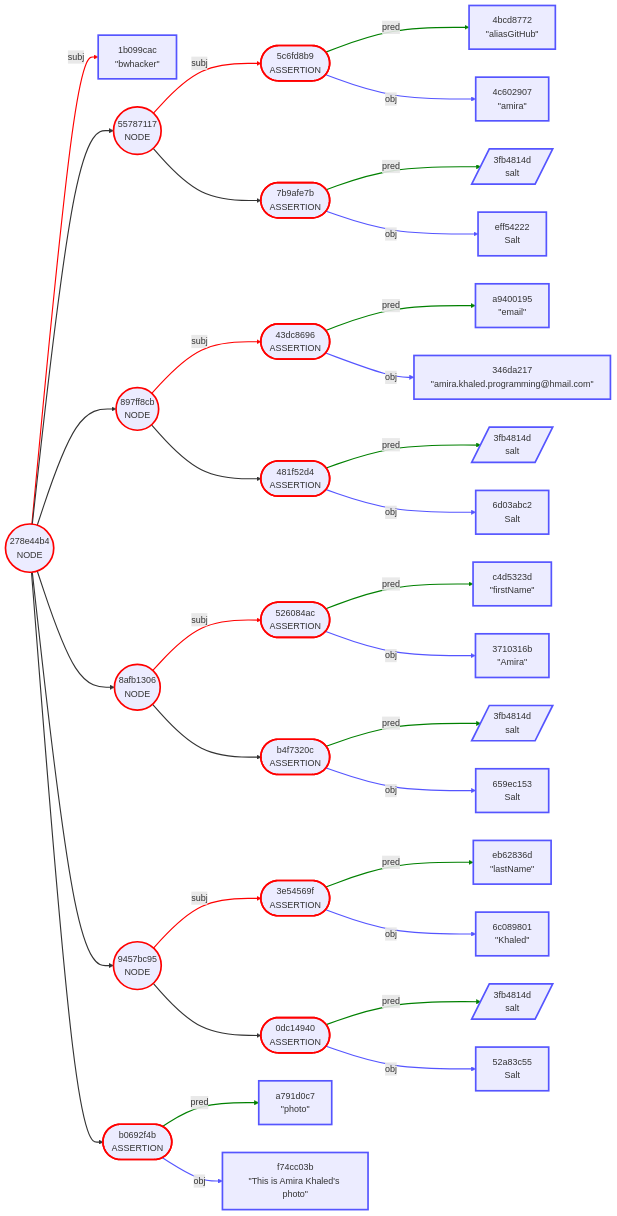
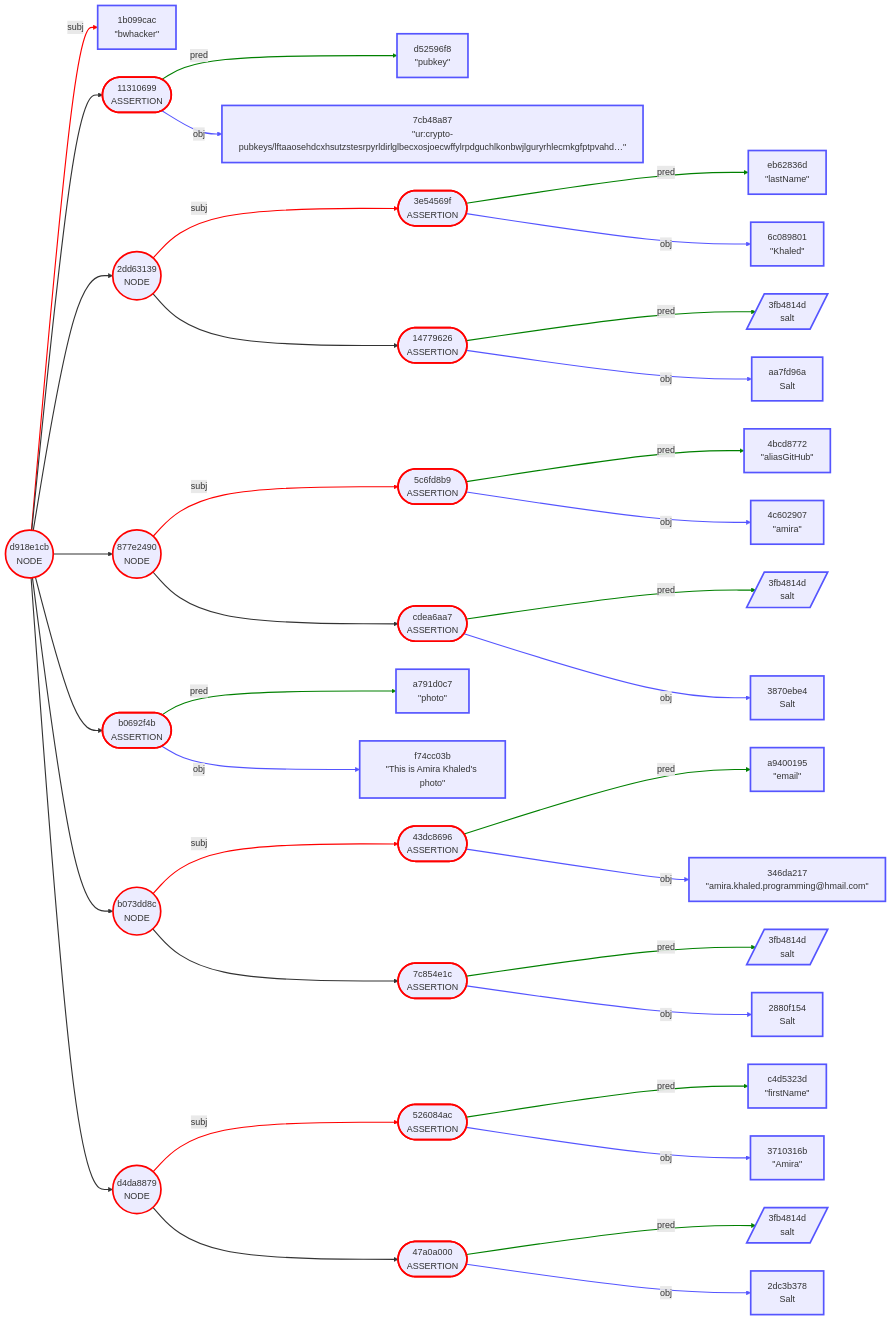
One commit to BlockchainCommons/Gordian changed diagram 15 of 19 in Docs/Envelope-Use-Cases-Software.md. Above: the diagram before and after it, drawn with Mermaid. The commit also changed other lines of this file, not shown here.

````diff
--- a/Docs/Envelope-Use-Cases-Software.md
+++ b/Docs/Envelope-Use-Cases-Software.md
@@ -2781,133 +2783,145 @@
 ```mermaid
 graph LR
-    1(("278e44b4<br/>NODE"))
+    1(("d918e1cb<br/>NODE"))
     2["1b099cac<br/>#quot;bwhacker#quot;"]
-    3(("55787117<br/>NODE"))
-    4(["5c6fd8b9<br/>ASSERTION"])
-    5["4bcd8772<br/>#quot;aliasGitHub#quot;"]
-    6["4c602907<br/>#quot;amira#quot;"]
-    7(["7b9afe7b<br/>ASSERTION"])
-    8[/"3fb4814d<br/>salt"/]
-    9["eff54222<br/>Salt"]
-    10(("897ff8cb<br/>NODE"))
-    11(["43dc8696<br/>ASSERTION"])
-    12["a9400195<br/>#quot;email#quot;"]
-    13["346da217<br/>#quot;amira.khaled.programming@hmail.com#quot;"]
-    14(["481f52d4<br/>ASSERTION"])
-    15[/"3fb4814d<br/>salt"/]
-    16["6d03abc2<br/>Salt"]
-    17(("8afb1306<br/>NODE"))
-    18(["526084ac<br/>ASSERTION"])
-    19["c4d5323d<br/>#quot;firstName#quot;"]
-    20["3710316b<br/>#quot;Amira#quot;"]
-    21(["b4f7320c<br/>ASSERTION"])
-    22[/"3fb4814d<br/>salt"/]
-    23["659ec153<br/>Salt"]
-    24(("9457bc95<br/>NODE"))
-    25(["3e54569f<br/>ASSERTION"])
-    26["eb62836d<br/>#quot;lastName#quot;"]
-    27["6c089801<br/>#quot;Khaled#quot;"]
-    28(["0dc14940<br/>ASSERTION"])
-    29[/"3fb4814d<br/>salt"/]
-    30["52a83c55<br/>Salt"]
-    31(["b0692f4b<br/>ASSERTION"])
-    32["a791d0c7<br/>#quot;photo#quot;"]
-    33["f74cc03b<br/>#quot;This is Amira Khaled's photo#quot;"]
+    3(["11310699<br/>ASSERTION"])
+    4["d52596f8<br/>#quot;pubkey#quot;"]
+    5["7cb48a87<br/>#quot;ur:crypto-pubkeys/lftaaosehdcxhsutzstesrpyrldirlglbecxosjoecwffylrpdguchlkonbwjlguryrhlecmkgfptpvahd…#quot;"]
+    6(("2dd63139<br/>NODE"))
+    7(["3e54569f<br/>ASSERTION"])
+    8["eb62836d<br/>#quot;lastName#quot;"]
+    9["6c089801<br/>#quot;Khaled#quot;"]
+    10(["14779626<br/>ASSERTION"])
+    11[/"3fb4814d<br/>salt"/]
+    12["aa7fd96a<br/>Salt"]
+    13(("877e2490<br/>NODE"))
+    14(["5c6fd8b9<br/>ASSERTION"])
+    15["4bcd8772<br/>#quot;aliasGitHub#quot;"]
+    16["4c602907<br/>#quot;amira#quot;"]
+    17(["cdea6aa7<br/>ASSERTION"])
+    18[/"3fb4814d<br/>salt"/]
+    19["3870ebe4<br/>Salt"]
+    20(["b0692f4b<br/>ASSERTION"])
+    21["a791d0c7<br/>#quot;photo#quot;"]
+    22["f74cc03b<br/>#quot;This is Amira Khaled's photo#quot;"]
+    23(("b073dd8c<br/>NODE"))
+    24(["43dc8696<br/>ASSERTION"])
+    25["a9400195<br/>#quot;email#quot;"]
+    26["346da217<br/>#quot;amira.khaled.programming@hmail.com#quot;"]
+    27(["7c854e1c<br/>ASSERTION"])
+    28[/"3fb4814d<br/>salt"/]
+    29["2880f154<br/>Salt"]
+    30(("d4da8879<br/>NODE"))
+    31(["526084ac<br/>ASSERTION"])
+    32["c4d5323d<br/>#quot;firstName#quot;"]
+    33["3710316b<br/>#quot;Amira#quot;"]
+    34(["47a0a000<br/>ASSERTION"])
+    35[/"3fb4814d<br/>salt"/]
+    36["2dc3b378<br/>Salt"]
     1 -->|subj| 2
     1 --> 3
-    3 -->|subj| 4
-    4 -->|pred| 5
-    4 -->|obj| 6
-    3 --> 7
+    3 -->|pred| 4
+    3 -->|obj| 5
+    1 --> 6
+    6 -->|subj| 7
     7 -->|pred| 8
     7 -->|obj| 9
-    1 --> 10
-    10 -->|subj| 11
-    11 -->|pred| 12
-    11 -->|obj| 13
-    10 --> 14
+    6 --> 10
+    10 -->|pred| 11
+    10 -->|obj| 12
+    1 --> 13
+    13 -->|subj| 14
     14 -->|pred| 15
     14 -->|obj| 16
-    1 --> 17
-    17 -->|subj| 18
-    18 -->|pred| 19
-    18 -->|obj| 20
-    17 --> 21
-    21 -->|pred| 22
-    21 -->|obj| 23
-    1 --> 24
-    24 -->|subj| 25
-    25 -->|pred| 26
-    25 -->|obj| 27
-    24 --> 28
-    28 -->|pred| 29
-    28 -->|obj| 30
-    1 --> 31
+    13 --> 17
+    17 -->|pred| 18
+    17 -->|obj| 19
+    1 --> 20
+    20 -->|pred| 21
+    20 -->|obj| 22
+    1 --> 23
+    23 -->|subj| 24
+    24 -->|pred| 25
+    24 -->|obj| 26
+    23 --> 27
+    27 -->|pred| 28
+    27 -->|obj| 29
+    1 --> 30
+    30 -->|subj| 31
     31 -->|pred| 32
     31 -->|obj| 33
+    30 --> 34
+    34 -->|pred| 35
+    34 -->|obj| 36
     style 1 stroke:red,stroke-width:3.0px
     style 2 stroke:#55f,stroke-width:3.0px
     style 3 stroke:red,stroke-width:3.0px
-    style 4 stroke:red,stroke-width:3.0px
+    style 4 stroke:#55f,stroke-width:3.0px
     style 5 stroke:#55f,stroke-width:3.0px
-    style 6 stroke:#55f,stroke-width:3.0px
+    style 6 stroke:red,stroke-width:3.0px
     style 7 stroke:red,stroke-width:3.0px
     style 8 stroke:#55f,stroke-width:3.0px
     style 9 stroke:#55f,stroke-width:3.0px
     style 10 stroke:red,stroke-width:3.0px
-    style 11 stroke:red,stroke-width:3.0px
+    style 11 stroke:#55f,stroke-width:3.0px
     style 12 stroke:#55f,stroke-width:3.0px
-    style 13 stroke:#55f,stroke-width:3.0px
+    style 13 stroke:red,stroke-width:3.0px
     style 14 stroke:red,stroke-width:3.0px
     style 15 stroke:#55f,stroke-width:3.0px
     style 16 stroke:#55f,stroke-width:3.0px
     style 17 stroke:red,stroke-width:3.0px
-    style 18 stroke:red,stroke-width:3.0px
+    style 18 stroke:#55f,stroke-width:3.0px
     style 19 stroke:#55f,stroke-width:3.0px
-    style 20 stroke:#55f,stroke-width:3.0px
-    style 21 stroke:red,stroke-width:3.0px
+    style 20 stroke:red,stroke-width:3.0px
+    style 21 stroke:#55f,stroke-width:3.0px
     style 22 stroke:#55f,stroke-width:3.0px
-    style 23 stroke:#55f,stroke-width:3.0px
+    style 23 stroke:red,stroke-width:3.0px
     style 24 stroke:red,stroke-width:3.0px
-    style 25 stroke:red,stroke-width:3.0px
+    style 25 stroke:#55f,stroke-width:3.0px
     style 26 stroke:#55f,stroke-width:3.0px
-    style 27 stroke:#55f,stroke-width:3.0px
-    style 28 stroke:red,stroke-width:3.0px
+    style 27 stroke:red,stroke-width:3.0px
+    style 28 stroke:#55f,stroke-width:3.0px
     style 29 stroke:#55f,stroke-width:3.0px
-    style 30 stroke:#55f,stroke-width:3.0px
+    style 30 stroke:red,stroke-width:3.0px
     style 31 stroke:red,stroke-width:3.0px
     style 32 stroke:#55f,stroke-width:3.0px
     style 33 stroke:#55f,stroke-width:3.0px
+    style 34 stroke:red,stroke-width:3.0px
+    style 35 stroke:#55f,stroke-width:3.0px
+    style 36 stroke:#55f,stroke-width:3.0px
     linkStyle 0 stroke:red,stroke-width:2.0px
     linkStyle 1 stroke-width:2.0px
-    linkStyle 2 stroke:red,stroke-width:2.0px
-    linkStyle 3 stroke:green,stroke-width:2.0px
-    linkStyle 4 stroke:#55f,stroke-width:2.0px
-    linkStyle 5 stroke-width:2.0px
+    linkStyle 2 stroke:green,stroke-width:2.0px
+    linkStyle 3 stroke:#55f,stroke-width:2.0px
+    linkStyle 4 stroke-width:2.0px
+    linkStyle 5 stroke:red,stroke-width:2.0px
     linkStyle 6 stroke:green,stroke-width:2.0px
     linkStyle 7 stroke:#55f,stroke-width:2.0px
     linkStyle 8 stroke-width:2.0px
-    linkStyle 9 stroke:red,stroke-width:2.0px
-    linkStyle 10 stroke:green,stroke-width:2.0px
-    linkStyle 11 stroke:#55f,stroke-width:2.0px
-    linkStyle 12 stroke-width:2.0px
+    linkStyle 9 stroke:green,stroke-width:2.0px
+    linkStyle 10 stroke:#55f,stroke-width:2.0px
+    linkStyle 11 stroke-width:2.0px
+    linkStyle 12 stroke:red,stroke-width:2.0px
     linkStyle 13 stroke:green,stroke-width:2.0px
     linkStyle 14 stroke:#55f,stroke-width:2.0px
     linkStyle 15 stroke-width:2.0px
-    linkStyle 16 stroke:red,stroke-width:2.0px
-    linkStyle 17 stroke:green,stroke-width:2.0px
-    linkStyle 18 stroke:#55f,stroke-width:2.0px
-    linkStyle 19 stroke-width:2.0px
-    linkStyle 20 stroke:green,stroke-width:2.0px
-    linkStyle 21 stroke:#55f,stroke-width:2.0px
-    linkStyle 22 stroke-width:2.0px
-    linkStyle 23 stroke:red,stroke-width:2.0px
-    linkStyle 24 stroke:green,stroke-width:2.0px
-    linkStyle 25 stroke:#55f,stroke-width:2.0px
-    linkStyle 26 stroke-width:2.0px
-    linkStyle 27 stroke:green,stroke-width:2.0px
-    linkStyle 28 stroke:#55f,stroke-width:2.0px
-    linkStyle 29 stroke-width:2.0px
+    linkStyle 16 stroke:green,stroke-width:2.0px
+    linkStyle 17 stroke:#55f,stroke-width:2.0px
+    linkStyle 18 stroke-width:2.0px
+    linkStyle 19 stroke:green,stroke-width:2.0px
+    linkStyle 20 stroke:#55f,stroke-width:2.0px
+    linkStyle 21 stroke-width:2.0px
+    linkStyle 22 stroke:red,stroke-width:2.0px
+    linkStyle 23 stroke:green,stroke-width:2.0px
+    linkStyle 24 stroke:#55f,stroke-width:2.0px
+    linkStyle 25 stroke-width:2.0px
+    linkStyle 26 stroke:green,stroke-width:2.0px
+    linkStyle 27 stroke:#55f,stroke-width:2.0px
+    linkStyle 28 stroke-width:2.0px
+    linkStyle 29 stroke:red,stroke-width:2.0px
     linkStyle 30 stroke:green,stroke-width:2.0px
     linkStyle 31 stroke:#55f,stroke-width:2.0px
+    linkStyle 32 stroke-width:2.0px
+    linkStyle 33 stroke:green,stroke-width:2.0px
+    linkStyle 34 stroke:#55f,stroke-width:2.0px
 ```
````
